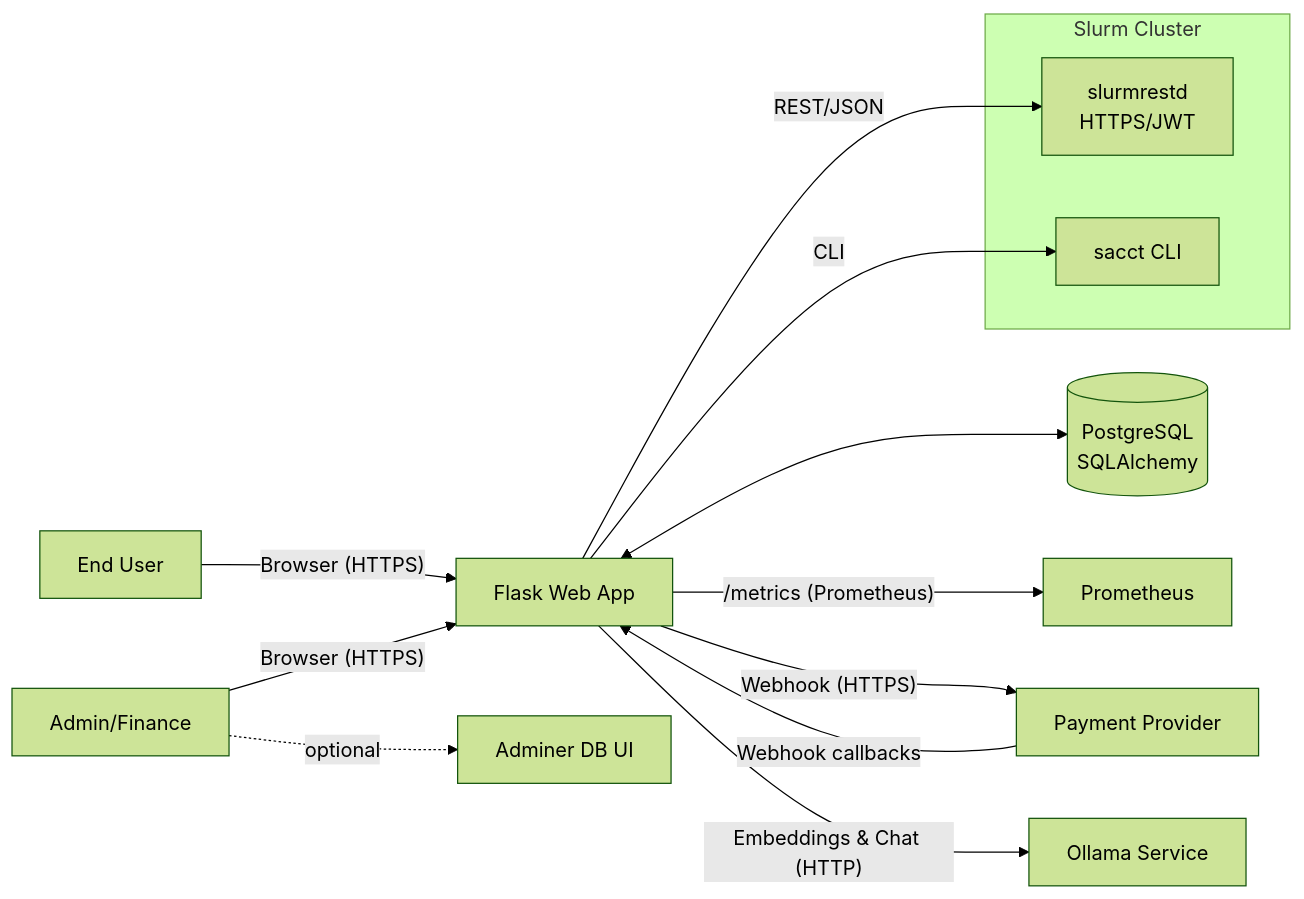
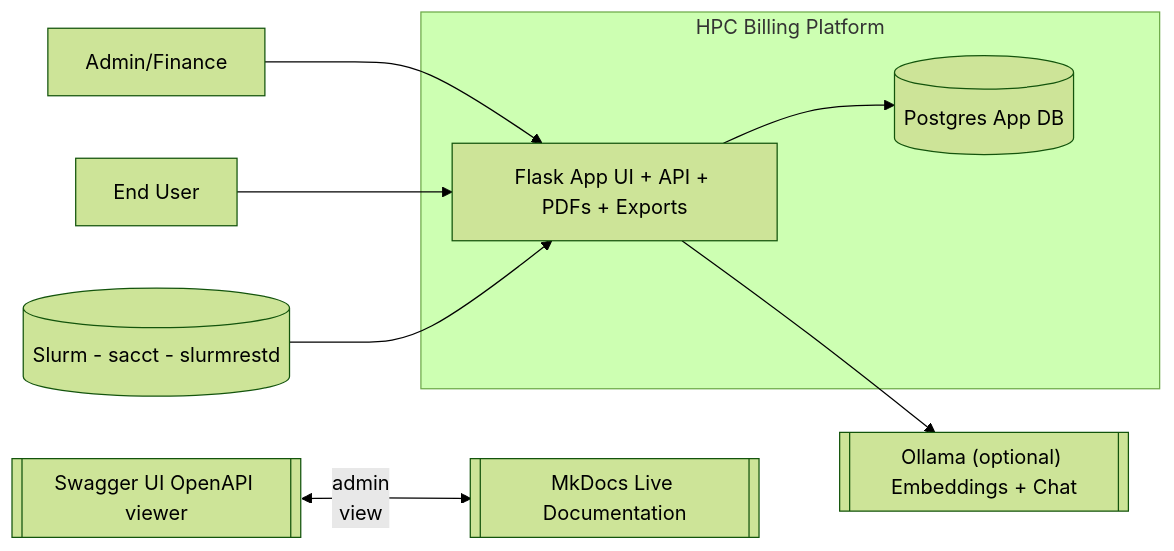
One commit to Purinat33/hpc_flask changed the first of 5 diagrams in docs/02-architecture.md. Above: the diagram before and after it, drawn with Mermaid (forest theme). The commit also changed other lines of this file and 4 other files, not shown here.

````diff
--- a/docs/02-architecture.md
+++ b/docs/02-architecture.md
@@ -9,20 +15,21 @@
 ```mermaid
-graph LR
-  U[End User] -- Browser (HTTPS) --> W[Flask Web App]
-  A[Admin/Finance] -- Browser (HTTPS) --> W
-
-  subgraph Slurm Cluster
-    R[slurmrestd<br/>HTTPS/JWT]
-    C[sacct CLI]
+flowchart LR
+  %% System Context (standard Mermaid)
+  subgraph HPC_Billing_Platform["HPC Billing Platform"]
+    web[Flask App UI + API + PDFs + Exports]
+    db[(Postgres App DB)]
+    web --> db
   end
 
-  W <--> DB[(PostgreSQL<br/>SQLAlchemy)]
-  W -- REST/JSON --> R
-  W -- CLI --> C
-  W -- /metrics (Prometheus) --> Prom[Prometheus]
-  W -- Webhook (HTTPS) --> Pay[Payment Provider]
-  Pay -- Webhook callbacks --> W
-  W -- Embeddings & Chat (HTTP) --> Ol[Ollama Service]
+  admin[Admin/Finance] --> web
+  user[End User] --> web
 
-  A -. optional .-> Adm[Adminer DB UI]
+  slurm[(Slurm - sacct - slurmrestd)] --> web
+
+  swagger[[Swagger UI OpenAPI viewer]] <-- admin
+  view --> docs[["MkDocs Live Documentation"]]
+  
+
+  web --> ollama[["Ollama (optional) Embeddings + Chat"]]
+
 ```
````
